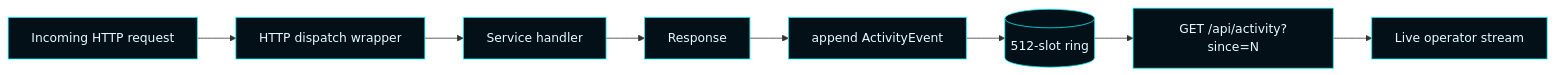
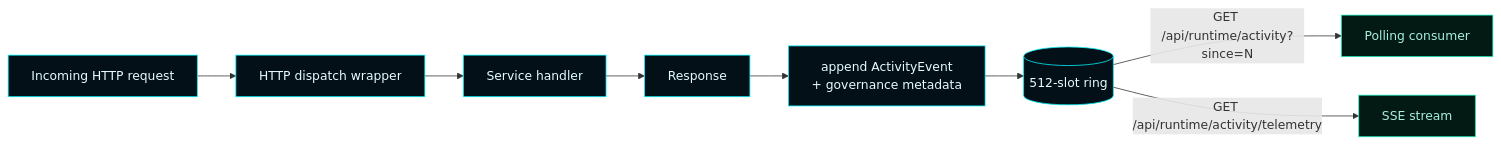
Before and after one commit to flynn33/Master-Control-Orchestration-Server: the third of 7 diagrams in docs/wiki/Telemetry-and-Activity.md, drawn with Mermaid. The commit also changed other lines of this file and 66 other files, not shown here.

````diff
--- a/docs/wiki/Telemetry-and-Activity.md
+++ b/docs/wiki/Telemetry-and-Activity.md
@@ -39,12 +101,13 @@
 ```mermaid
 flowchart LR
     classDef accent fill:#031018,stroke:#00F6FF,color:#E6FCFF;
+    classDef good fill:#031a14,stroke:#1cf2c1,color:#a8efe0;
 
-    Request[Incoming HTTP request]:::accent --> Dispatch[HTTP dispatch wrapper]:::accent
+    Req[Incoming HTTP request]:::accent --> Dispatch[HTTP dispatch wrapper]:::accent
     Dispatch --> Handler[Service handler]:::accent
     Handler --> Response[Response]:::accent
-    Response --> Append[append ActivityEvent]:::accent
+    Response --> Append[append ActivityEvent<br/>+ governance metadata]:::accent
     Append --> Ring[(512-slot ring)]:::accent
-    Ring --> Poll[GET /api/activity?since=N]:::accent
-    Poll --> Stream[Live operator stream]:::accent
+    Ring -->|"GET /api/runtime/activity?since=N"| Poll[Polling consumer]:::good
+    Ring -->|"GET /api/runtime/activity/telemetry"| SSE[SSE stream]:::good
 ```
````
